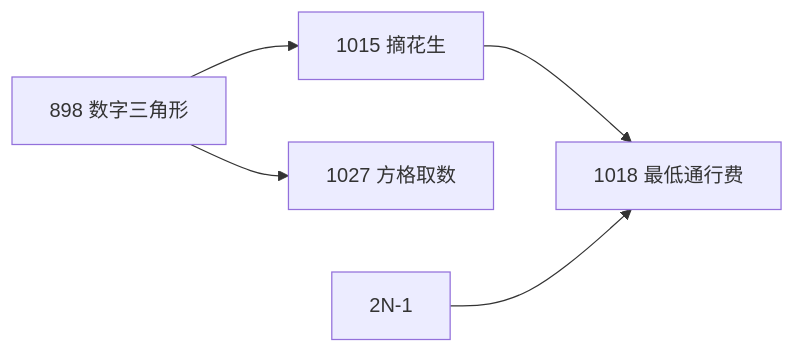
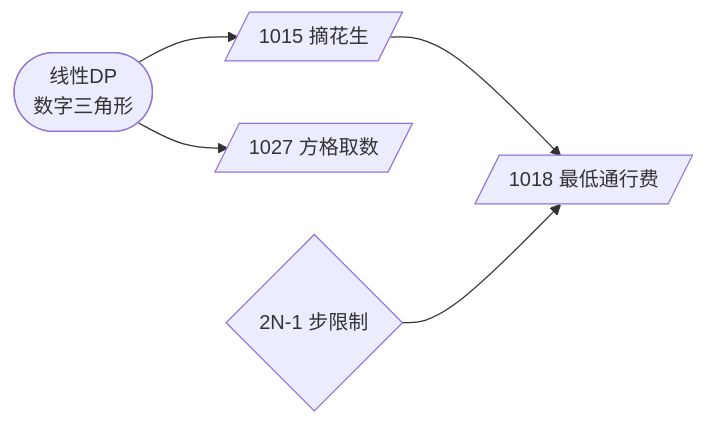
The diagram in 6*-动态规划进阶/6*.1-数字三角形模型.md (cuberxl/Coders-Note), drawn with Mermaid before and after one commit. The commit also changed other lines of this file, not shown here.

````diff
--- a/6*-动态规划进阶/6*.1-数字三角形模型.md
+++ b/6*-动态规划进阶/6*.1-数字三角形模型.md
@@ -13,7 +13,7 @@
 ```mermaid
 graph LR
-A[898 数字三角形]-->B[1015 摘花生]
-A-->C[1027 方格取数]
-B-->D[1018 最低通行费]
-E[2N-1]-->D
+    A([线性DP<br/>数字三角形]) --> B[/1015 摘花生/]
+    A --> C[/1027 方格取数/]
+    B --> D[/1018 最低通行费/]
+    E{2N-1 步限制} --> D
 ```
````
